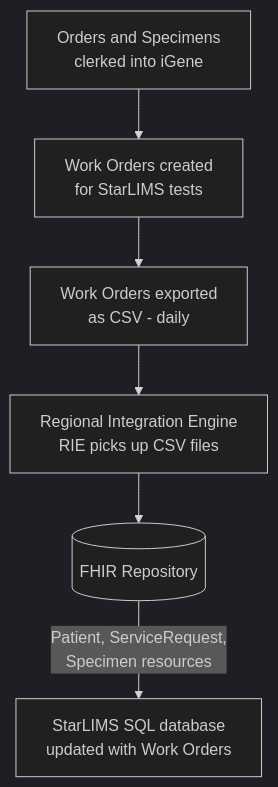
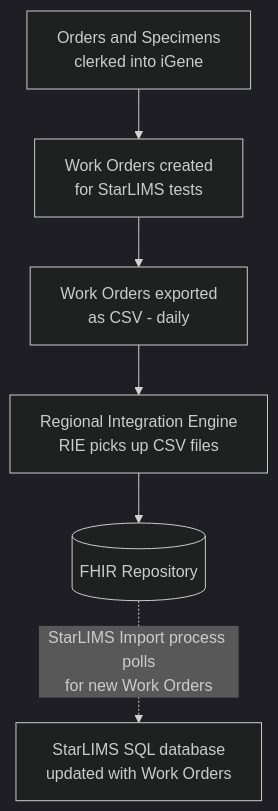
The fourth of 5 diagrams in input/pagecontent/starLIMS.md (nw-gmsa/nw-gmsa.github.com), drawn with Mermaid (dark theme) before and after one commit. The commit also changed other lines of this file and 10 other files, not shown here.

````diff
--- a/input/pagecontent/starLIMS.md
+++ b/input/pagecontent/starLIMS.md
@@ -166,8 +166,8 @@
 ```mermaid
 flowchart TD
     A[Orders and Specimens<br/>clerked into iGene] --> B[Work Orders created<br/>for StarLIMS tests]
     B --> C[Work Orders exported<br/>as CSV - daily]
     C --> D[Regional Integration Engine<br/>RIE picks up CSV files]
     D --> E[(FHIR Repository)]
-    E -->|Patient, ServiceRequest,<br/>Specimen resources| F[StarLIMS SQL database<br/>updated with Work Orders]
+    E -.->|StarLIMS Import process polls<br/>for new Work Orders| F[StarLIMS SQL database<br/>updated with Work Orders]
 ```
````
